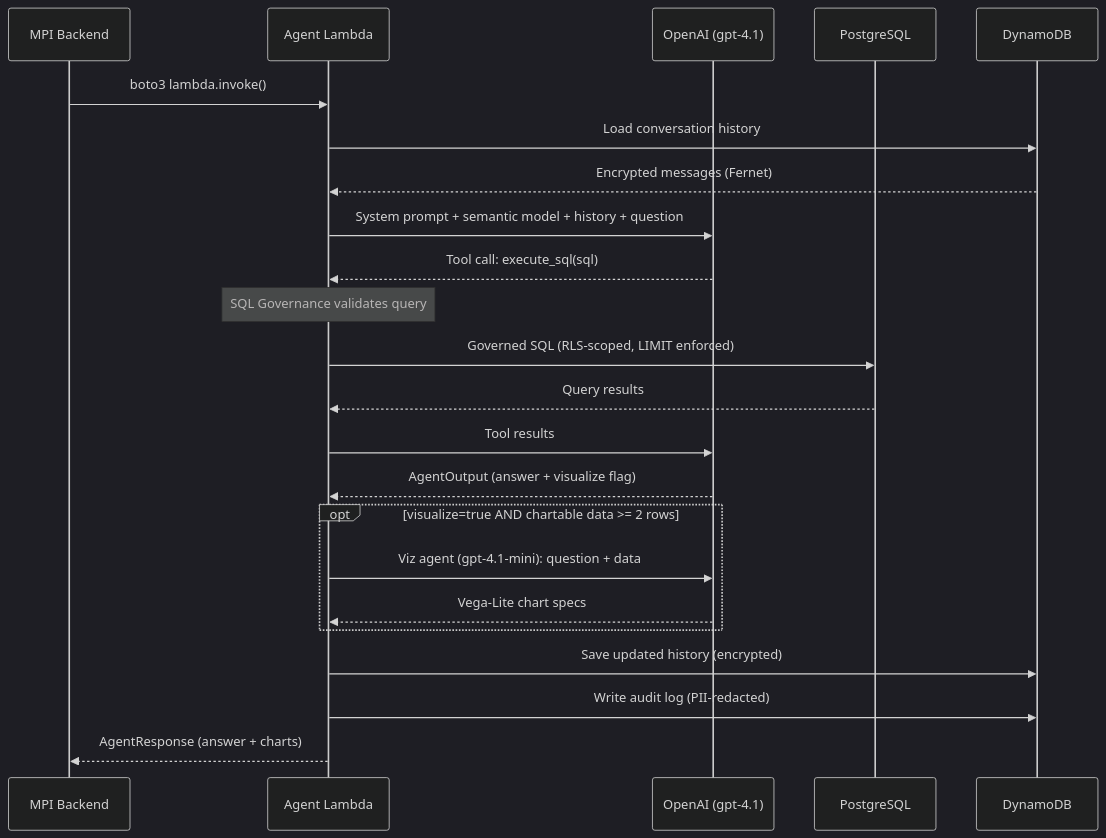
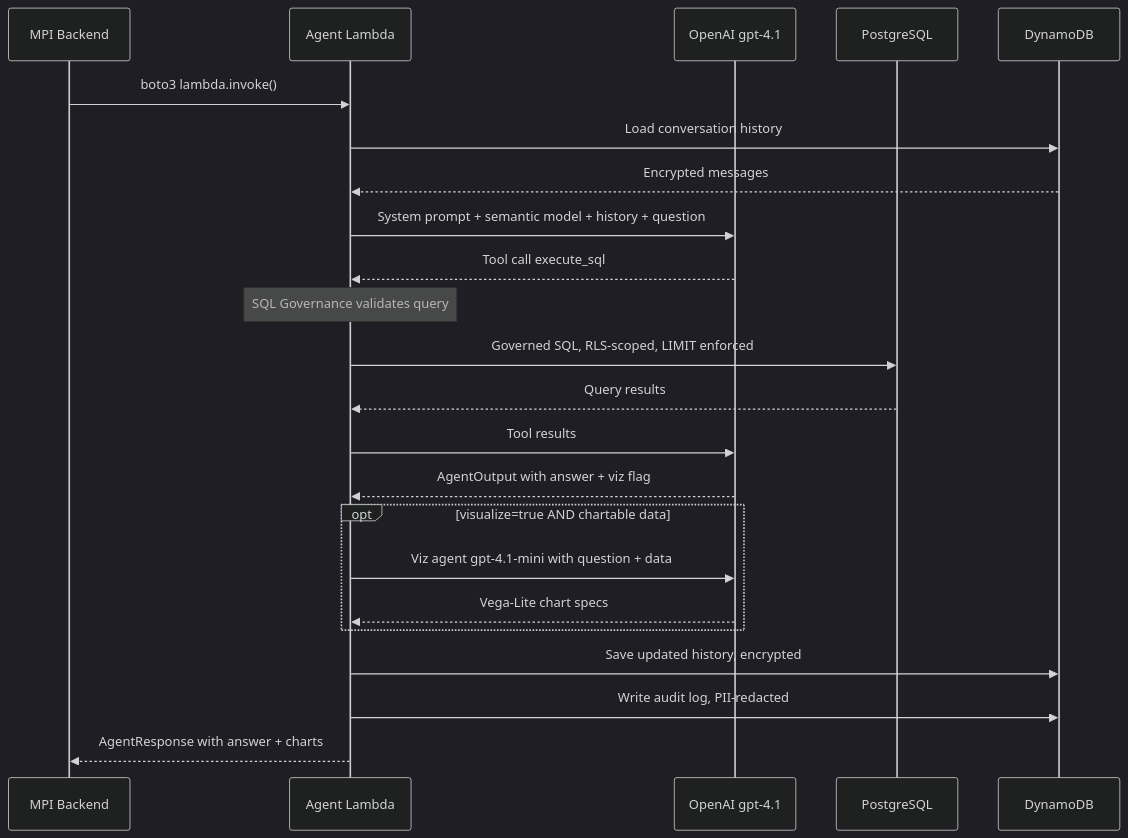
The second of 2 diagrams in README.md (maxibove13/finance-query-agent), drawn with Mermaid (dark theme) before and after one commit. The commit also changed other lines of this file, not shown here.

First line of the commit message:
fix: mermaid diagram rendering on GitHub (#27)

````diff
--- a/README.md
+++ b/README.md
@@ -67,32 +61,32 @@
 ```mermaid
 sequenceDiagram
     participant Client as MPI Backend
     participant Lambda as Agent Lambda
-    participant LLM as OpenAI (gpt-4.1)
+    participant LLM as OpenAI gpt-4.1
     participant PG as PostgreSQL
     participant Dynamo as DynamoDB
 
     Client->>Lambda: boto3 lambda.invoke()
 
     Lambda->>Dynamo: Load conversation history
-    Dynamo-->>Lambda: Encrypted messages (Fernet)
+    Dynamo-->>Lambda: Encrypted messages
 
     Lambda->>LLM: System prompt + semantic model + history + question
-    LLM-->>Lambda: Tool call: execute_sql(sql)
+    LLM-->>Lambda: Tool call execute_sql
 
     Note over Lambda: SQL Governance validates query
-    Lambda->>PG: Governed SQL (RLS-scoped, LIMIT enforced)
+    Lambda->>PG: Governed SQL, RLS-scoped, LIMIT enforced
     PG-->>Lambda: Query results
 
     Lambda->>LLM: Tool results
-    LLM-->>Lambda: AgentOutput (answer + visualize flag)
+    LLM-->>Lambda: AgentOutput with answer + viz flag
 
-    opt visualize=true AND chartable data >= 2 rows
-        Lambda->>LLM: Viz agent (gpt-4.1-mini): question + data
+    opt visualize=true AND chartable data
+        Lambda->>LLM: Viz agent gpt-4.1-mini with question + data
         LLM-->>Lambda: Vega-Lite chart specs
     end
 
-    Lambda->>Dynamo: Save updated history (encrypted)
-    Lambda->>Dynamo: Write audit log (PII-redacted)
-    Lambda-->>Client: AgentResponse (answer + charts)
+    Lambda->>Dynamo: Save updated history, encrypted
+    Lambda->>Dynamo: Write audit log, PII-redacted
+    Lambda-->>Client: AgentResponse with answer + charts
 ```
````
